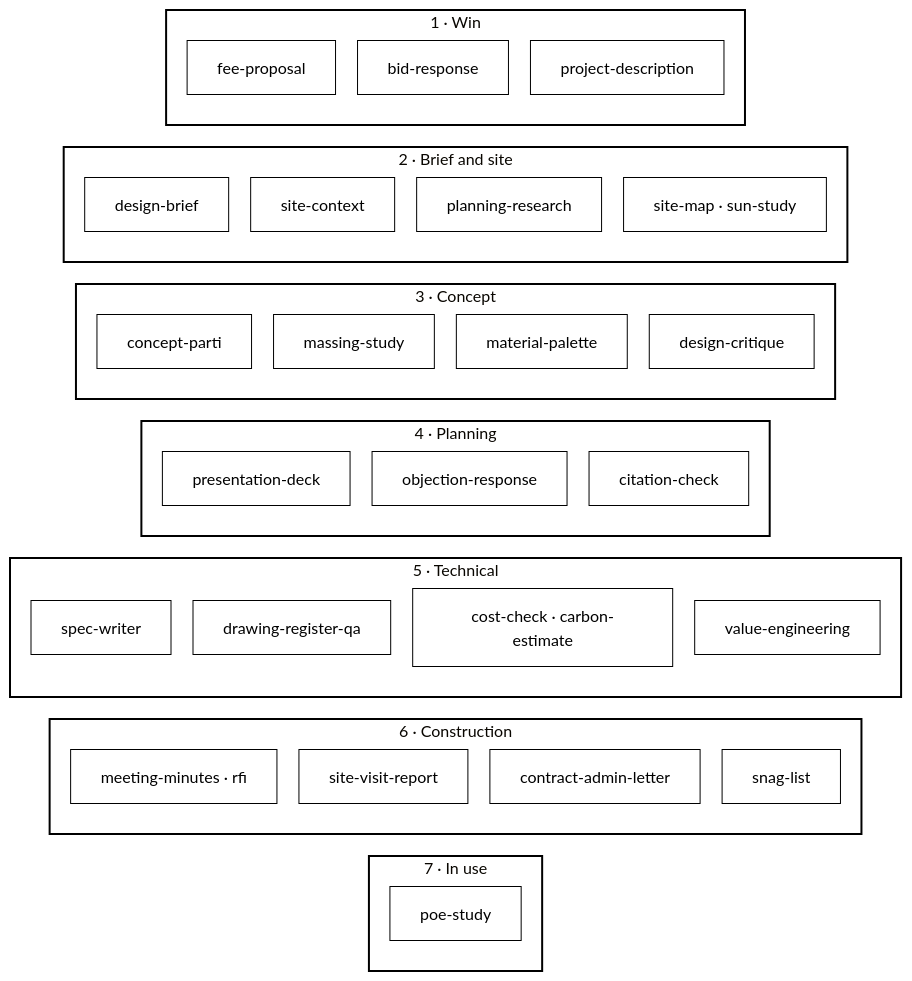
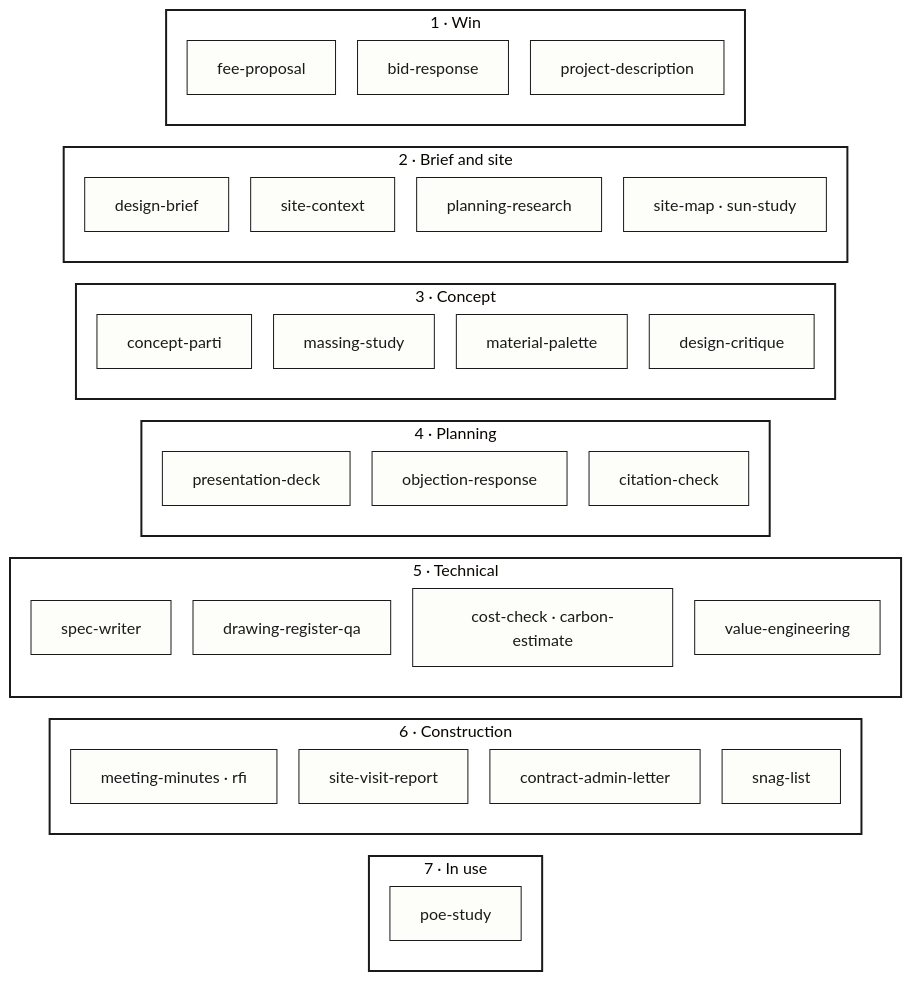
The third of 4 diagrams in README.md (gaia-computer-technologies/architect), drawn with Mermaid (base theme) before and after one commit. The commit also changed other lines of this file and 12 other files, not shown here.

````diff
--- a/README.md
+++ b/README.md
@@ -133,61 +133,61 @@
 ```mermaid
 %%{init: {"flowchart": {"nodeSpacing": 22, "rankSpacing": 36}}}%%
 flowchart LR
     subgraph USE["7 · In use"]
         direction TB
         u1["poe-study"]
     end
     subgraph SITE["6 · Construction"]
         direction TB
         s1["meeting-minutes · rfi"]
         s2["site-visit-report"]
         s3["contract-admin-letter"]
         s4["snag-list"]
     end
     subgraph TECH["5 · Technical"]
         direction TB
         t1["spec-writer"]
         t2["drawing-register-qa"]
         t3["cost-check · carbon-estimate"]
         t4["value-engineering"]
     end
     subgraph PLAN["4 · Planning"]
         direction TB
         p1["presentation-deck"]
         p2["objection-response"]
         p3["citation-check"]
     end
     subgraph CON["3 · Concept"]
         direction TB
         c1["concept-parti"]
         c2["massing-study"]
         c3["material-palette"]
         c4["design-critique"]
     end
     subgraph BRIEF["2 · Brief and site"]
         direction TB
         b1["design-brief"]
         b2["site-context"]
         b3["planning-research"]
         b4["site-map · sun-study"]
     end
     subgraph WIN["1 · Win"]
         direction TB
         w1["fee-proposal"]
         w2["bid-response"]
         w3["project-description"]
     end
 
     %% No links between stages: links make mermaid ignore each stage's direction.
     %% Declared in reverse: mermaid stacks unlinked groups last-declared on top.
 
-    classDef box fill:#ffffff,stroke:#000000,color:#000000
+    classDef box fill:#FDFDFA,stroke:#1A1A1A,color:#1A1A1A
     class w1,w2,w3,b1,b2,b3,b4,c1,c2,c3,c4,p1,p2,p3,t1,t2,t3,t4,s1,s2,s3,s4,u1 box
-    style WIN fill:none,stroke:#000000,stroke-width:2px
-    style BRIEF fill:none,stroke:#000000,stroke-width:2px
-    style CON fill:none,stroke:#000000,stroke-width:2px
-    style PLAN fill:none,stroke:#000000,stroke-width:2px
-    style TECH fill:none,stroke:#000000,stroke-width:2px
-    style SITE fill:none,stroke:#000000,stroke-width:2px
-    style USE fill:none,stroke:#000000,stroke-width:2px
+    style WIN fill:none,stroke:#1A1A1A,stroke-width:2px
+    style BRIEF fill:none,stroke:#1A1A1A,stroke-width:2px
+    style CON fill:none,stroke:#1A1A1A,stroke-width:2px
+    style PLAN fill:none,stroke:#1A1A1A,stroke-width:2px
+    style TECH fill:none,stroke:#1A1A1A,stroke-width:2px
+    style SITE fill:none,stroke:#1A1A1A,stroke-width:2px
+    style USE fill:none,stroke:#1A1A1A,stroke-width:2px
 ```
````
